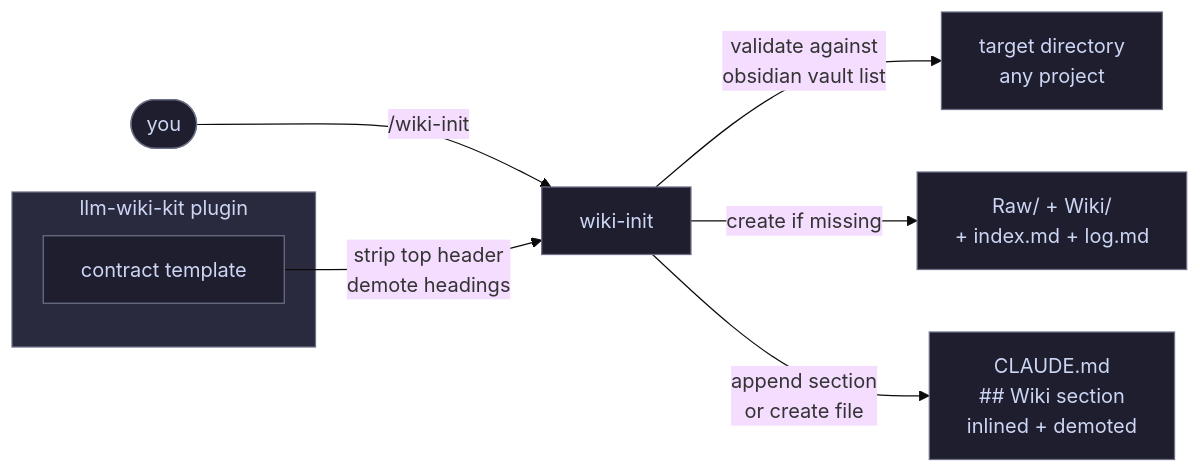
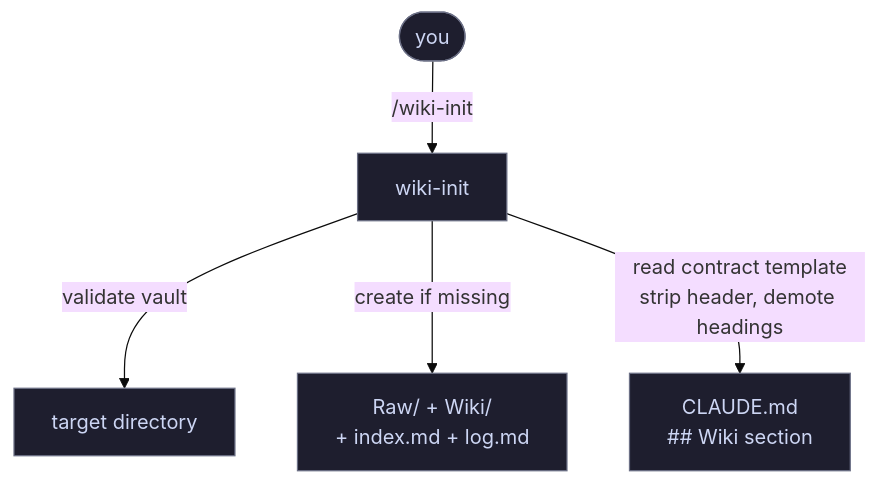
The first of 5 diagrams in README.md (SantiagoBobrik/llm-wiki-kit), drawn with Mermaid (base theme) before and after one commit.

Commit message:
Simplify init diagram to top-down flow

````diff
--- a/README.md
+++ b/README.md
@@ -139,21 +139,15 @@
 ```mermaid
-flowchart LR
-    subgraph plugin[llm-wiki-kit plugin]
-        asset[contract template]:::dark
-    end
-
+flowchart TD
     user([you]):::dark
     init[wiki-init]:::dark
-    target[target directory<br/>any project]:::dark
+    target[target directory]:::dark
     structure[Raw/ + Wiki/<br/>+ index.md + log.md]:::dark
-    claudemd[CLAUDE.md<br/>## Wiki section<br/>inlined + demoted]:::dark
+    claudemd[CLAUDE.md<br/>## Wiki section]:::dark
 
     user -->|/wiki-init| init
-    asset -->|strip top header<br/>demote headings| init
-    init -->|validate against<br/>obsidian vault list| target
+    init -->|validate vault| target
     init -->|create if missing| structure
-    init -->|append section<br/>or create file| claudemd
+    init -->|read contract template<br/>strip header, demote headings| claudemd
 
     classDef dark fill:#1e1e2e,stroke:#6c7086,color:#cdd6f4
-    style plugin fill:#2a2a3e,stroke:#6c7086,color:#cdd6f4
 ```
````
